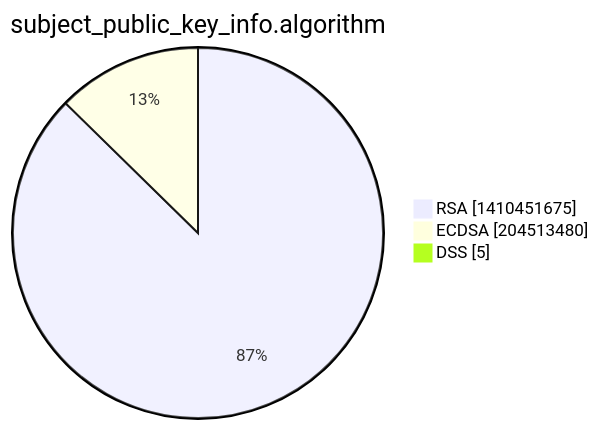
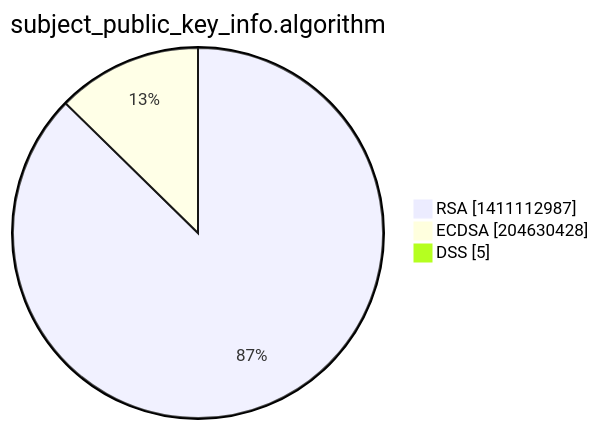
One commit to christiankrug/ctmonitor_visualization changed the third of 15 diagrams in xenon2022/README.md. Above: the diagram before and after it, drawn with Mermaid. The commit also changed other lines of this file, not shown here.

````diff
--- a/xenon2022/README.md
+++ b/xenon2022/README.md
@@ -14,7 +14,7 @@
 ```mermaid
 pie showData
 title subject_public_key_info.algorithm
-"RSA" :1410451675
-"ECDSA" :204513480
+"RSA" :1411112987
+"ECDSA" :204630428
 "DSS" :5
 ```
````
